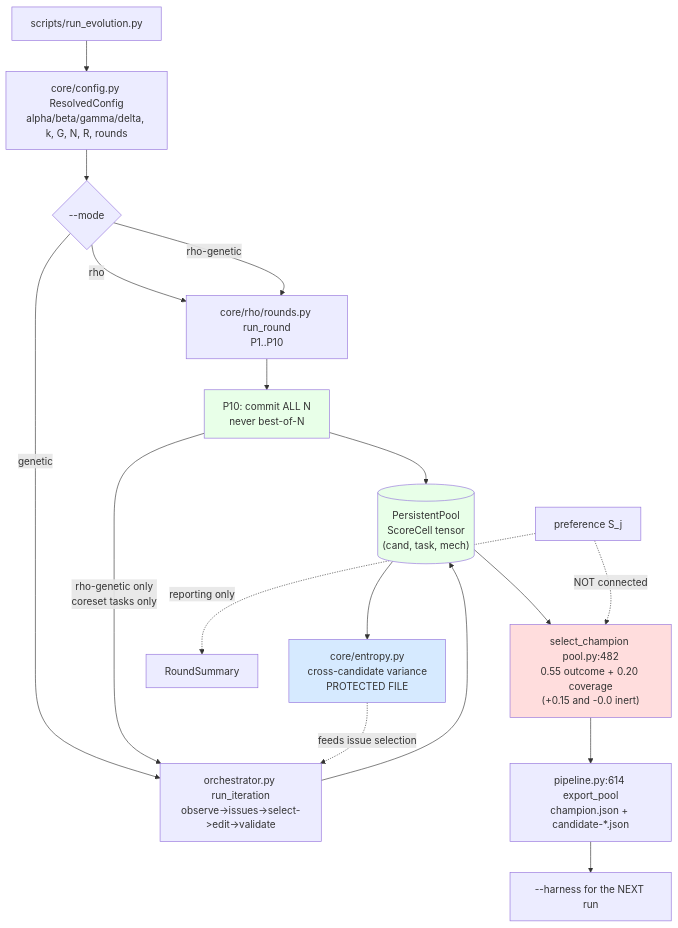
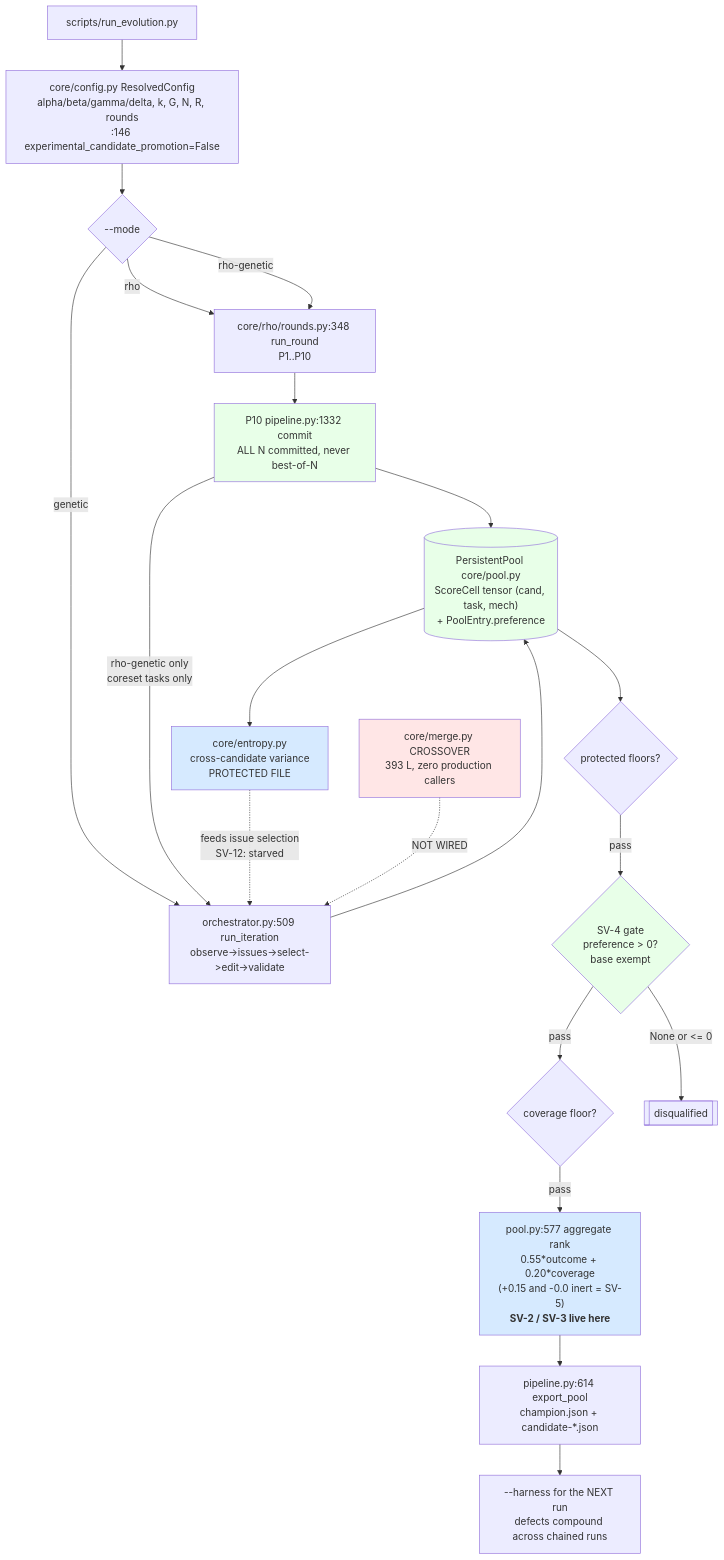
Before and after one commit to one-little-step/AgentEvolve: the tenth of 10 diagrams in docs/architecture/IMPLEMENTED-PIPELINE-MAP.md, drawn with Mermaid. The commit also changed other lines of this file and 29 other files, not shown here.

````diff
--- a/docs/architecture/IMPLEMENTED-PIPELINE-MAP.md
+++ b/docs/architecture/IMPLEMENTED-PIPELINE-MAP.md
@@ -316,30 +459,36 @@
 ```mermaid
 flowchart TB
-    START["scripts/run_evolution.py"] --> CFG["core/config.py ResolvedConfig<br/>alpha/beta/gamma/delta, k, G, N, R, rounds"]
+    START["scripts/run_evolution.py"] --> CFG["core/config.py ResolvedConfig<br/>alpha/beta/gamma/delta, k, G, N, R, rounds<br/>:146 experimental_candidate_promotion=False"]
     CFG --> MODE{"--mode"}
 
     MODE -->|rho| RHO10
     MODE -->|rho-genetic| RHO10
     MODE -->|genetic| GLOOP
 
-    RHO10["core/rho/rounds.py run_round<br/>P1..P10"] --> COMMIT["P10: commit ALL N<br/>never best-of-N"]
-    COMMIT --> POOL[("PersistentPool<br/>ScoreCell tensor<br/>(cand, task, mech)")]
+    RHO10["core/rho/rounds.py:348 run_round<br/>P1..P10"] --> COMMIT["P10 pipeline.py:1332 commit<br/>ALL N committed, never best-of-N"]
+    COMMIT --> POOL[("PersistentPool core/pool.py<br/>ScoreCell tensor (cand, task, mech)<br/>+ PoolEntry.preference")]
     COMMIT -->|"rho-genetic only<br/>coreset tasks only"| GLOOP
 
-    GLOOP["orchestrator.py run_iteration<br/>observe->issues->select->edit->validate"] --> POOL
+    GLOOP["orchestrator.py:509 run_iteration<br/>observe->issues->select->edit->validate"] --> POOL
 
     POOL --> ENT["core/entropy.py<br/>cross-candidate variance<br/>PROTECTED FILE"]
-    ENT -.->|"feeds issue selection"| GLOOP
+    ENT -.->|"feeds issue selection<br/>SV-12: starved"| GLOOP
 
-    POOL --> CH["select_champion pool.py:482<br/>0.55 outcome + 0.20 coverage<br/>(+0.15 and -0.0 inert)"]
+    POOL --> G1{"protected floors?"}
+    G1 -->|pass| G2{"SV-4 gate<br/>preference > 0?<br/>base exempt"}
+    G2 -->|pass| G3{"coverage floor?"}
+    G3 -->|pass| CH["pool.py:577 aggregate rank<br/>0.55*outcome + 0.20*coverage<br/>(+0.15 and -0.0 inert = SV-5)<br/><b>SV-2 / SV-3 live here</b>"]
+    G2 -->|"None or <= 0"| DQ[["disqualified"]]
+
     CH --> EXP["pipeline.py:614 export_pool<br/>champion.json + candidate-*.json"]
-    EXP --> NEXT["--harness for the NEXT run"]
+    EXP --> NEXT["--harness for the NEXT run<br/>defects compound across chained runs"]
 
-    JUDGE["preference S_j"] -.->|"reporting only"| RPT["RoundSummary"]
-    JUDGE -.->|"NOT connected"| CH
+    XMERGE["core/merge.py CROSSOVER<br/>393 L, zero production callers"] -.->|NOT WIRED| GLOOP
 
     style POOL fill:#e8ffe8
-    style CH fill:#ffdddd
+    style COMMIT fill:#e8ffe8
+    style G2 fill:#e8ffe8
+    style CH fill:#d6eaff
     style ENT fill:#d6eaff
-    style COMMIT fill:#e8ffe8
+    style XMERGE fill:#ffe6e6
 ```
````
